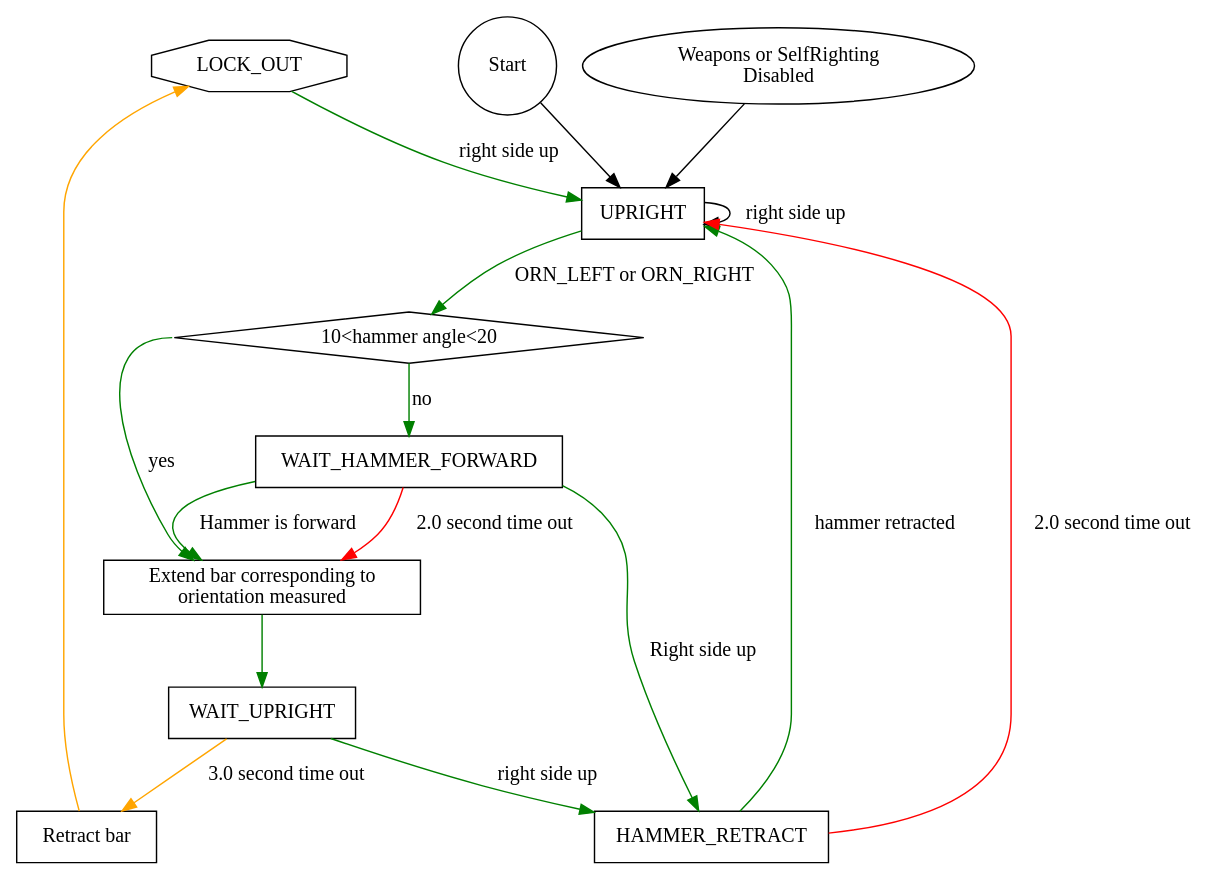
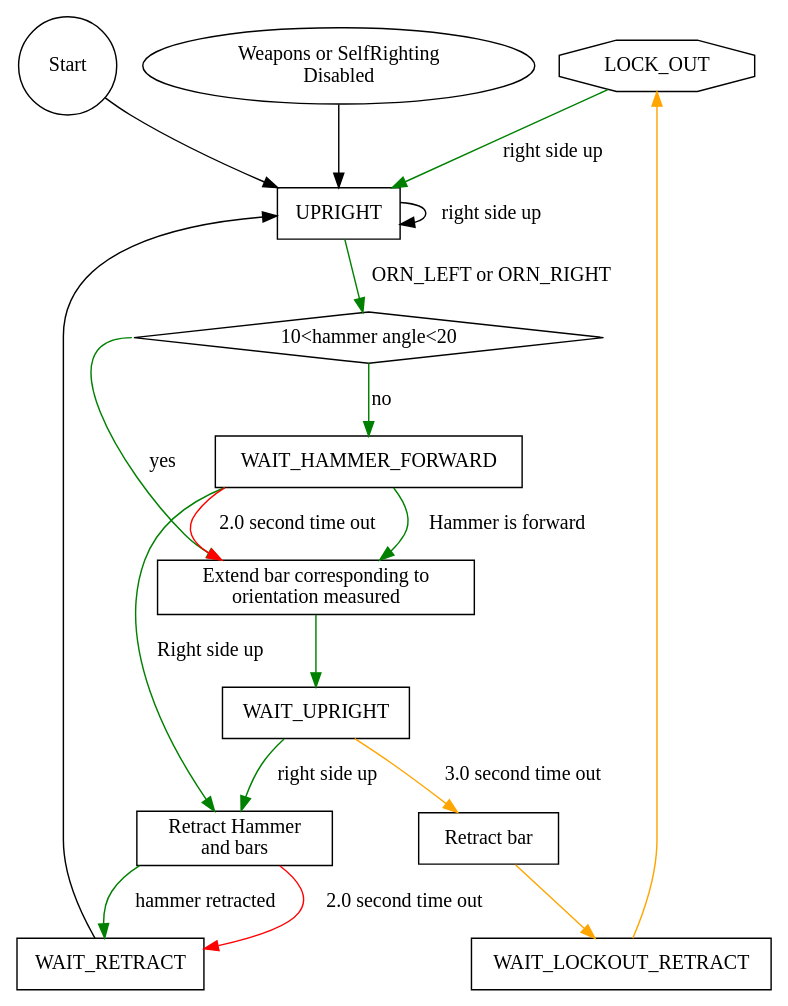
One commit to jaschalittle/Chomp changed the diagram in arduino/chomp/selfright.dot. Above: the diagram before and after it, drawn with Graphviz. The commit also changed 1 other file, not shown here.

```diff
--- a/arduino/chomp/selfright.dot
+++ b/arduino/chomp/selfright.dot
@@ -1,47 +1,52 @@
 digraph SelfRight {
 // UPRIGHT MOVE_HAMMER_FORWARD WAIT_STABLE SELF_RIGHT_LEFT
 // SELF_RIGHT_RIGHT WAIT_UPRIGHT HAMMER_RETRACT
 node [shape="box"];
 LOCK_OUT [shape="octagon"];
 
 Start [shape="circle"];
 Start -> UPRIGHT;
 
 Disable [shape="ellipse" label="Weapons or SelfRighting\nDisabled"]
 Disable -> UPRIGHT
+
+HAMMER_RETRACT [label="Retract Hammer\nand bars"]
 
 UPRIGHT -> CHECK_HAMMER_POSITION [label="ORN_LEFT or ORN_RIGHT"
                                   color="green"];
 UPRIGHT -> UPRIGHT [label="right side up"];
 
 CHECK_HAMMER_POSITION [shape="diamond",
                        label="10<hammer angle<20"];
 CHECK_HAMMER_POSITION:s -> WAIT_HAMMER_FORWARD [label="no", color="green"];
 CHECK_HAMMER_POSITION:w -> EXTEND [label="yes", color="green"];
 
 WAIT_HAMMER_FORWARD -> EXTEND [label="Hammer is forward"
                                      color="green"];
 WAIT_HAMMER_FORWARD -> EXTEND [label="2.0 second time out"
                                      color="red"];
 WAIT_HAMMER_FORWARD -> HAMMER_RETRACT [label="Right side up"
                                        color="green"]
 
 EXTEND -> WAIT_UPRIGHT [color="green"];
 EXTEND [label="Extend bar corresponding to\norientation measured"];
 
 WAIT_UPRIGHT -> HAMMER_RETRACT [label="right side up"
                                 color="green"];
 WAIT_UPRIGHT -> GIVE_UP [label="3.0 second time out"
                           color="orange"];
 
 GIVE_UP [label="Retract bar"];
-GIVE_UP -> LOCK_OUT [color="orange"];
+GIVE_UP -> WAIT_LOCKOUT_RETRACT [color="orange"];
+WAIT_LOCKOUT_RETRACT -> LOCK_OUT [color="orange"];
 
-HAMMER_RETRACT -> UPRIGHT [label="hammer retracted"
+HAMMER_RETRACT -> WAIT_RETRACT [label="hammer retracted"
                            color="green"];
-HAMMER_RETRACT -> UPRIGHT [label="2.0 second time out"
+
+WAIT_RETRACT -> UPRIGHT
+HAMMER_RETRACT -> WAIT_RETRACT [label="2.0 second time out"
                            color="red"];
 
 LOCK_OUT -> UPRIGHT [label="right side up"
                      color="green"];
 }
```
